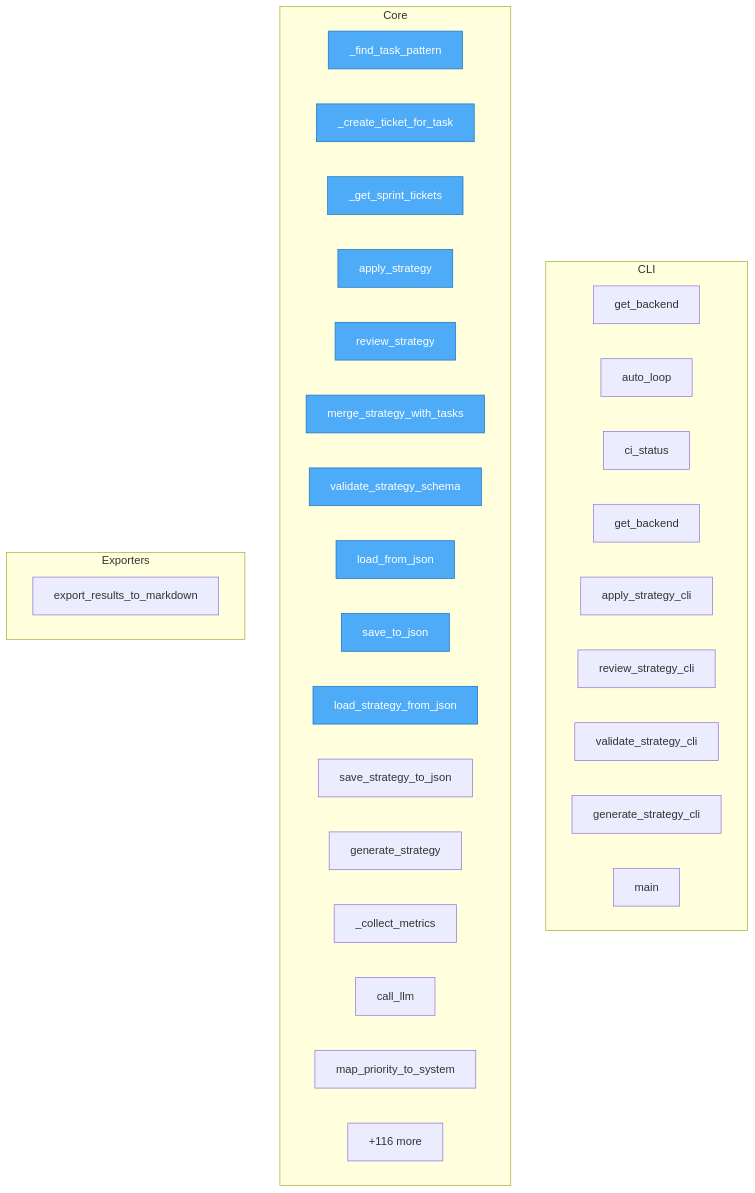
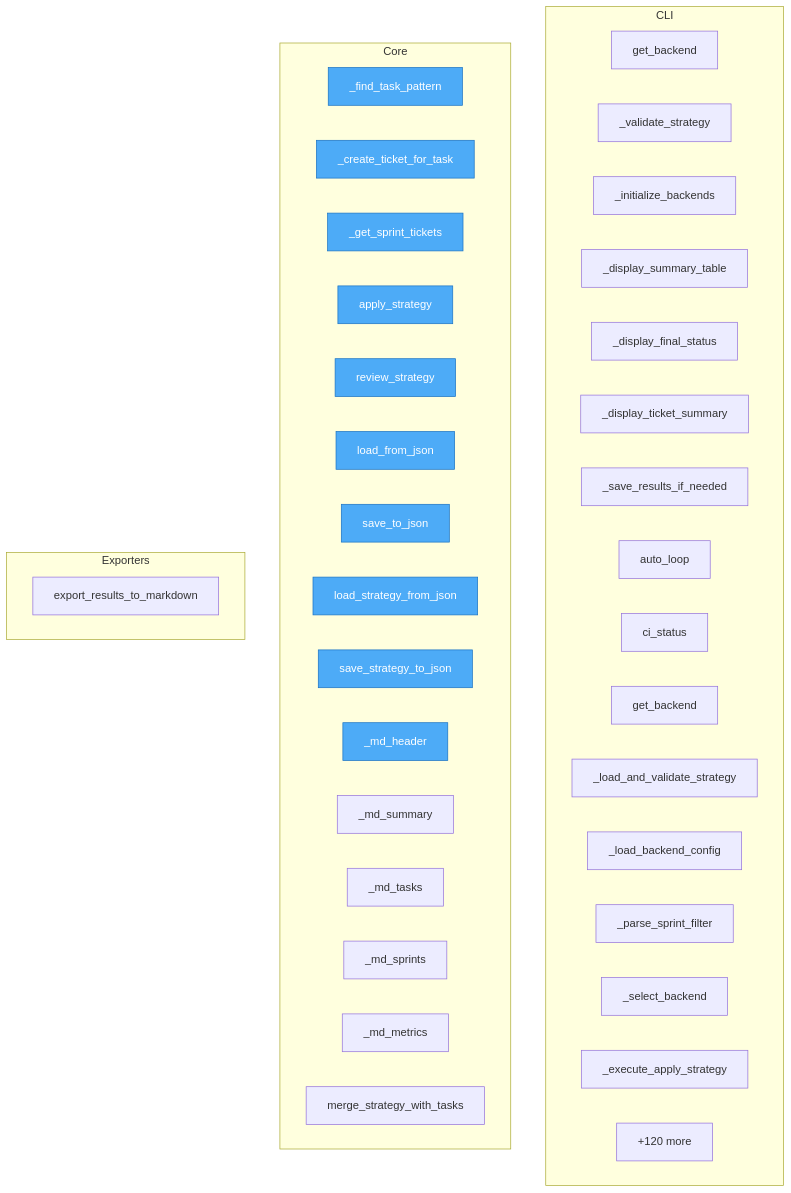
The diagram in project/flow.mmd (semcod/planfile), drawn with Mermaid before and after one commit. The commit also changed 26 other files, not shown here.

```diff
--- a/project/flow.mmd
+++ b/project/flow.mmd
@@ -1,41 +1,48 @@
 flowchart TD
 
     %% Entry points (blue)
     classDef entry fill:#4dabf7,stroke:#1971c2,color:#fff
 
     subgraph CLI
         planfile__cli__auto_loop__get_backend["get_backend"]
+        planfile__cli__auto_loop___validate_strategy["_validate_strategy"]
+        planfile__cli__auto_loop___initialize_backends["_initialize_backends"]
+        planfile__cli__auto_loop___display_summary_table["_display_summary_table"]
+        planfile__cli__auto_loop___display_final_status["_display_final_status"]
+        planfile__cli__auto_loop___display_ticket_summary["_display_ticket_summary"]
+        planfile__cli__auto_loop___save_results_if_needed["_save_results_if_needed"]
         planfile__cli__auto_loop__auto_loop["auto_loop"]
         planfile__cli__auto_loop__ci_status["ci_status"]
         planfile__cli__commands__get_backend["get_backend"]
-        planfile__cli__commands__apply_strategy_cli["apply_strategy_cli"]
-        planfile__cli__commands__review_strategy_cli["review_strategy_cli"]
-        planfile__cli__commands__validate_strategy_cli["validate_strategy_cli"]
-        planfile__cli__commands__generate_strategy_cli["generate_strategy_cli"]
-        planfile__cli__commands__main["main"]
+        planfile__cli__commands___load_and_validate_strategy["_load_and_validate_strategy"]
+        planfile__cli__commands___load_backend_config["_load_backend_config"]
+        planfile__cli__commands___parse_sprint_filter["_parse_sprint_filter"]
+        planfile__cli__commands___select_backend["_select_backend"]
+        planfile__cli__commands___execute_apply_strategy["_execute_apply_strategy"]
+        ...["+7 more"]
     end
 
     subgraph Core
         planfile__runner__StrategyRunner___find_task_pattern["_find_task_pattern"]
         planfile__runner__StrategyRunner___create_ticket_for_task["_create_ticket_for_task"]
         planfile__runner__StrategyRunner___get_sprint_tickets["_get_sprint_tickets"]
         planfile__runner__apply_strategy["apply_strategy"]
         planfile__runner__review_strategy["review_strategy"]
-        planfile__loaders__yaml_loader__merge_strategy_with_tasks["merge_strategy_with_tasks"]
-        planfile__loaders__yaml_loader__validate_strategy_schema["validate_strategy_schema"]
         planfile__loaders__cli_loader__load_from_json["load_from_json"]
         planfile__loaders__cli_loader__save_to_json["save_to_json"]
         planfile__loaders__cli_loader__load_strategy_from_json["load_strategy_from_json"]
         planfile__loaders__cli_loader__save_strategy_to_json["save_strategy_to_json"]
-        planfile__llm__generator__generate_strategy["generate_strategy"]
-        planfile__llm__generator___collect_metrics["_collect_metrics"]
-        planfile__llm__client__call_llm["call_llm"]
-        planfile__utils__priorities__map_priority_to_system["map_priority_to_system"]
-        ...["+116 more"]
+        planfile__loaders__cli_loader___md_header["_md_header"]
+        planfile__loaders__cli_loader___md_summary["_md_summary"]
+        planfile__loaders__cli_loader___md_tasks["_md_tasks"]
+        planfile__loaders__cli_loader___md_sprints["_md_sprints"]
+        planfile__loaders__cli_loader___md_metrics["_md_metrics"]
+        planfile__loaders__yaml_loader__merge_strategy_with_tasks["merge_strategy_with_tasks"]
+        ...["+120 more"]
     end
 
     subgraph Exporters
         planfile__loaders__cli_loader__export_results_to_markdown["export_results_to_markdown"]
     end
 
-    class planfile__runner__StrategyRunner___find_task_pattern,planfile__runner__StrategyRunner___create_ticket_for_task,planfile__runner__StrategyRunner___get_sprint_tickets,planfile__runner__apply_strategy,planfile__runner__review_strategy,planfile__loaders__yaml_loader__merge_strategy_with_tasks,planfile__loaders__yaml_loader__validate_strategy_schema,planfile__loaders__cli_loader__load_from_json,planfile__loaders__cli_loader__save_to_json,planfile__loaders__cli_loader__load_strategy_from_json entry
+    class planfile__runner__StrategyRunner___find_task_pattern,planfile__runner__StrategyRunner___create_ticket_for_task,planfile__runner__StrategyRunner___get_sprint_tickets,planfile__runner__apply_strategy,planfile__runner__review_strategy,planfile__loaders__cli_loader__load_from_json,planfile__loaders__cli_loader__save_to_json,planfile__loaders__cli_loader__load_strategy_from_json,planfile__loaders__cli_loader__save_strategy_to_json,planfile__loaders__cli_loader___md_header entry
```
